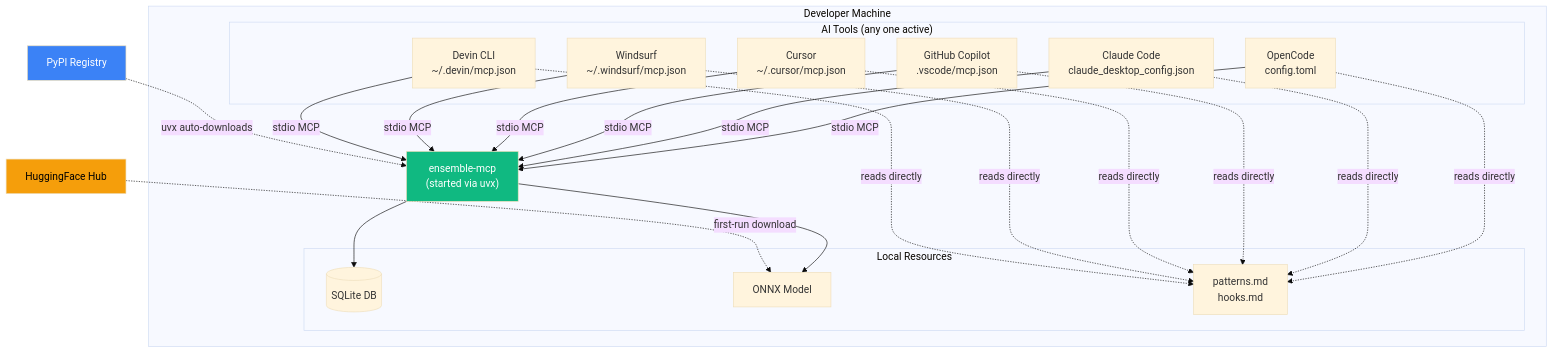
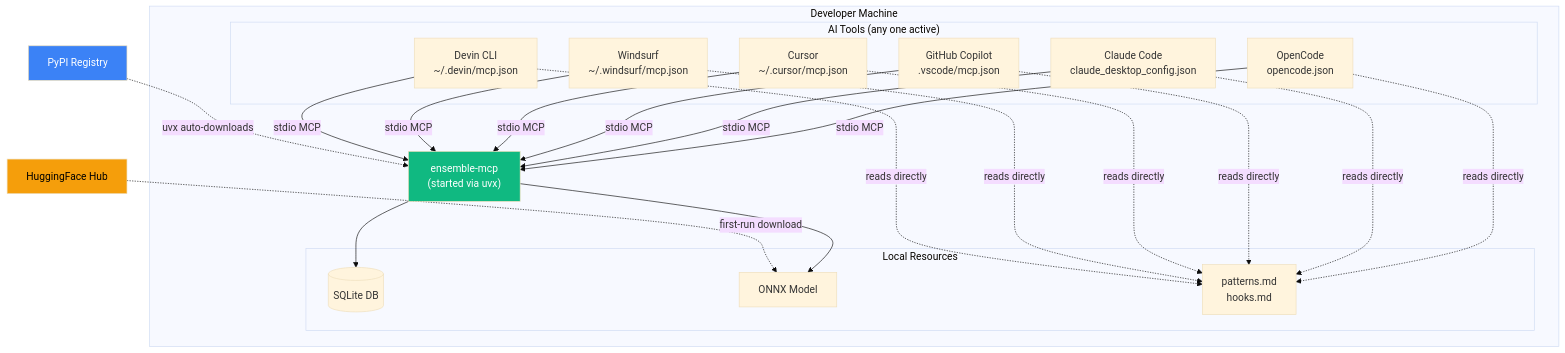
The seventh of 8 diagrams in docs/DESIGN-SPEC-PHASE-01.md (LynkByte/ensemble), drawn with Mermaid (base theme) before and after one commit. The commit also changed other lines of this file and 10 other files, not shown here.

First line of the commit message:
fix: correct OpenCode config format and add tool-specific agent/skill paths

````diff
--- a/docs/DESIGN-SPEC-PHASE-01.md
+++ b/docs/DESIGN-SPEC-PHASE-01.md
@@ -1012,32 +1012,32 @@
 ```mermaid
 graph TB
     subgraph "Developer Machine"
         subgraph "AI Tools (any one active)"
-            OC[OpenCode<br/>config.toml]
+            OC[OpenCode<br/>opencode.json]
             CC[Claude Code<br/>claude_desktop_config.json]
             CP[GitHub Copilot<br/>.vscode/mcp.json]
             CU[Cursor<br/>~/.cursor/mcp.json]
             WS[Windsurf<br/>~/.windsurf/mcp.json]
             DV[Devin CLI<br/>~/.devin/mcp.json]
         end
 
         MCP["ensemble-mcp<br/>(started via uvx)"]
 
         subgraph "Local Resources"
             DB[(SQLite DB)]
             MDL[ONNX Model]
             PAT[patterns.md<br/>hooks.md]
         end
 
         OC & CC & CP & CU & WS & DV -->|"stdio MCP"| MCP
         MCP --> DB & MDL
         OC & CC & CP & CU & WS & DV -.->|"reads directly"| PAT
     end
 
     PYPI[PyPI Registry] -.->|"uvx auto-downloads"| MCP
     HF[HuggingFace Hub] -.->|"first-run download"| MDL
 
     style MCP fill:#10B981,color:#fff
     style PYPI fill:#3B82F6,color:#fff
     style HF fill:#F59E0B,color:#000
 ```
````
